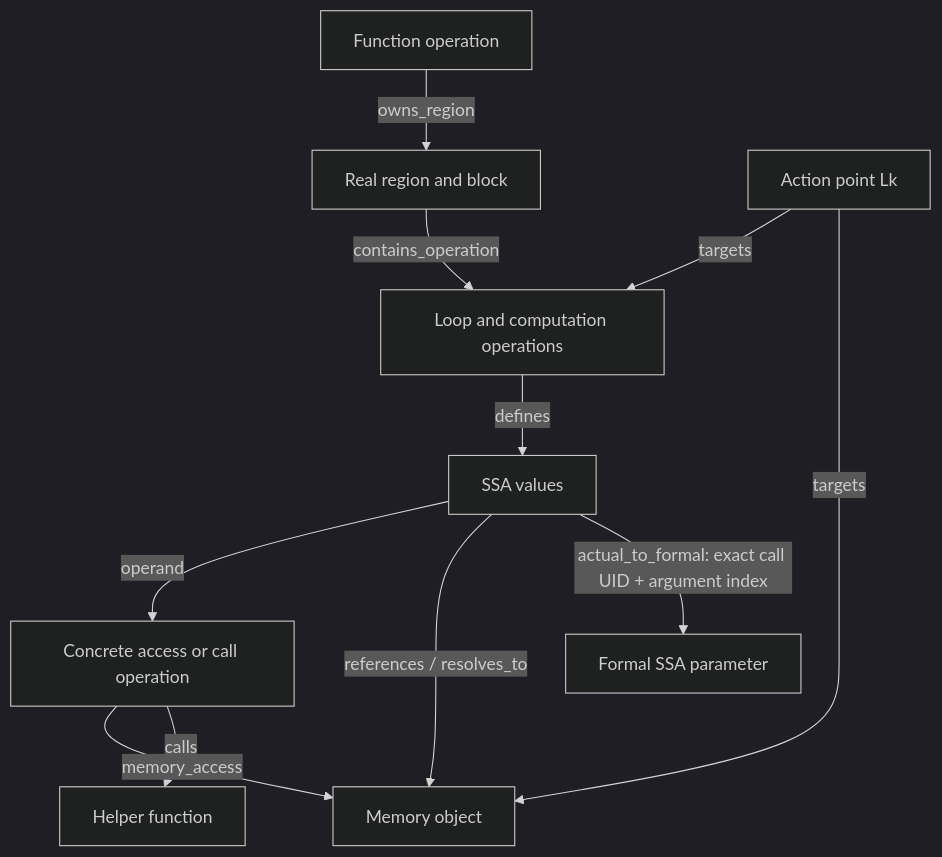
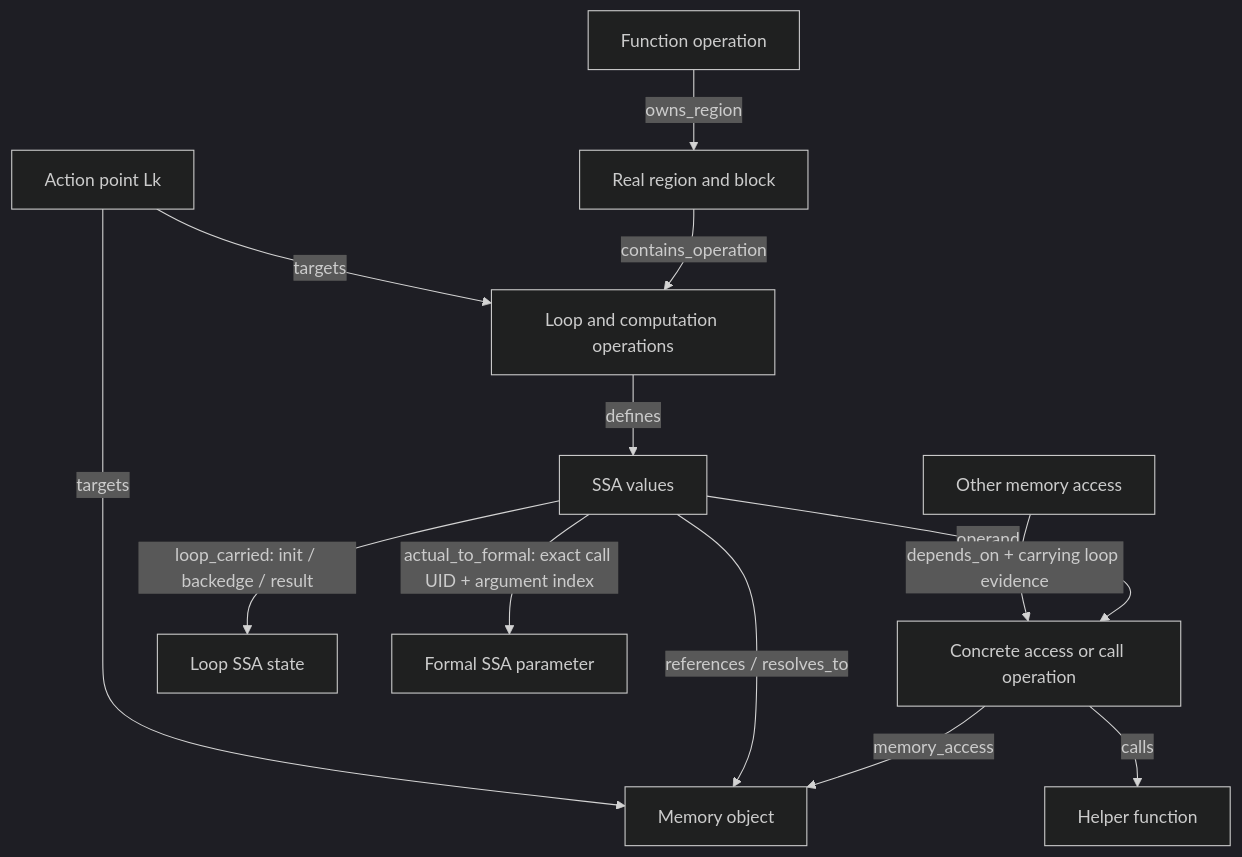
The diagram in docs/structural-graph-v2.md (ElenaVouvali/MailoHLS), drawn with Mermaid (dark theme) before and after one commit. The commit also changed other lines of this file and 8 other files, not shown here.

Commit message:
Strengthen MLIR graph semantics and action-point coverage in V2.1

````diff
--- a/docs/structural-graph-v2.md
+++ b/docs/structural-graph-v2.md
@@ -17,13 +22,15 @@
 ```mermaid
 flowchart TD
     F["Function operation"] -->|owns_region| R["Real region and block"]
     R -->|contains_operation| L["Loop and computation operations"]
     L -->|defines| V["SSA values"]
     V -->|operand| C["Concrete access or call operation"]
     C -->|memory_access| M["Memory object"]
     V -->|references / resolves_to| M
+    D["Other memory access"] -->|"depends_on + carrying loop evidence"| C
+    V -->|"loop_carried: init / backedge / result"| S["Loop SSA state"]
     A["Action point Lk"] -->|targets| L
     A -->|targets| M
     C -->|calls| H["Helper function"]
     V -->|"actual_to_formal: exact call UID + argument index"| P["Formal SSA parameter"]
 ```
````
